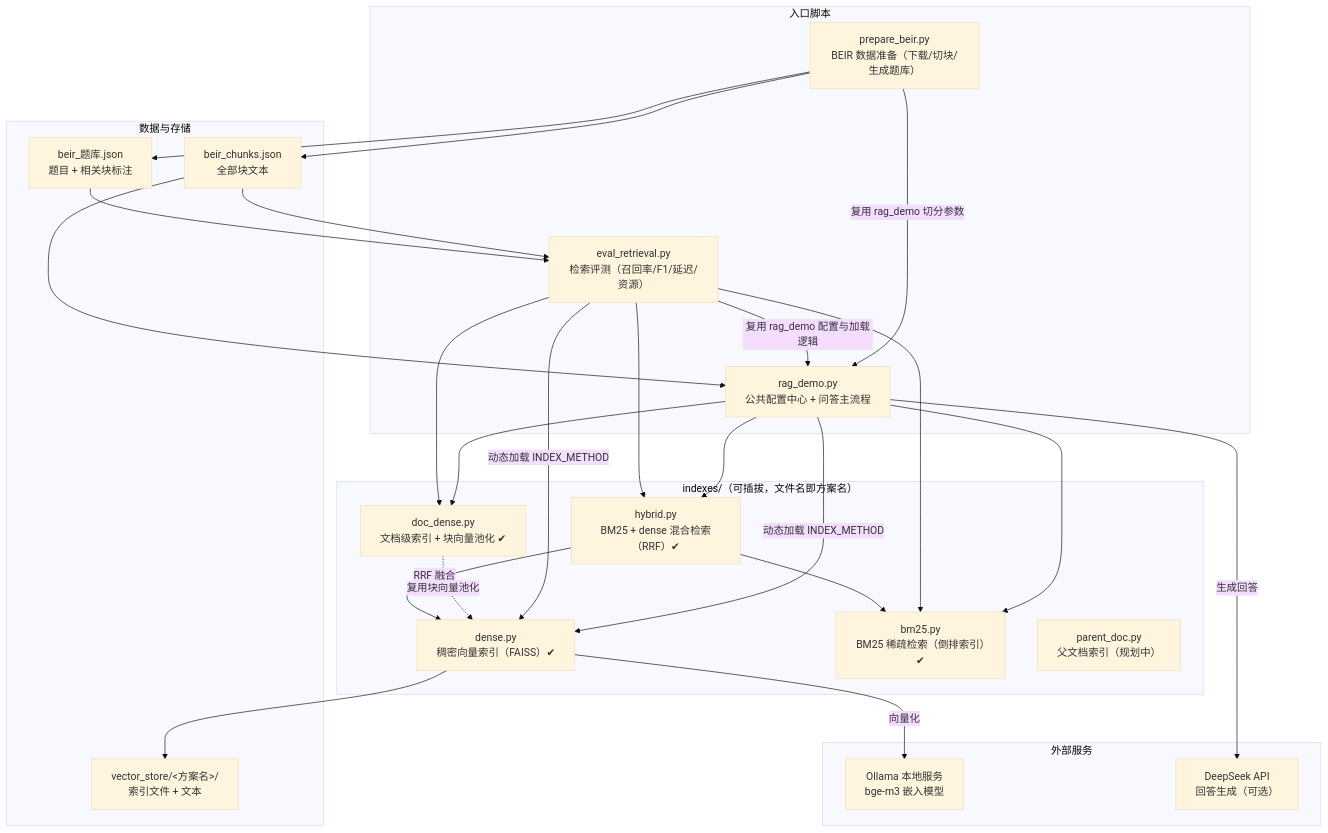
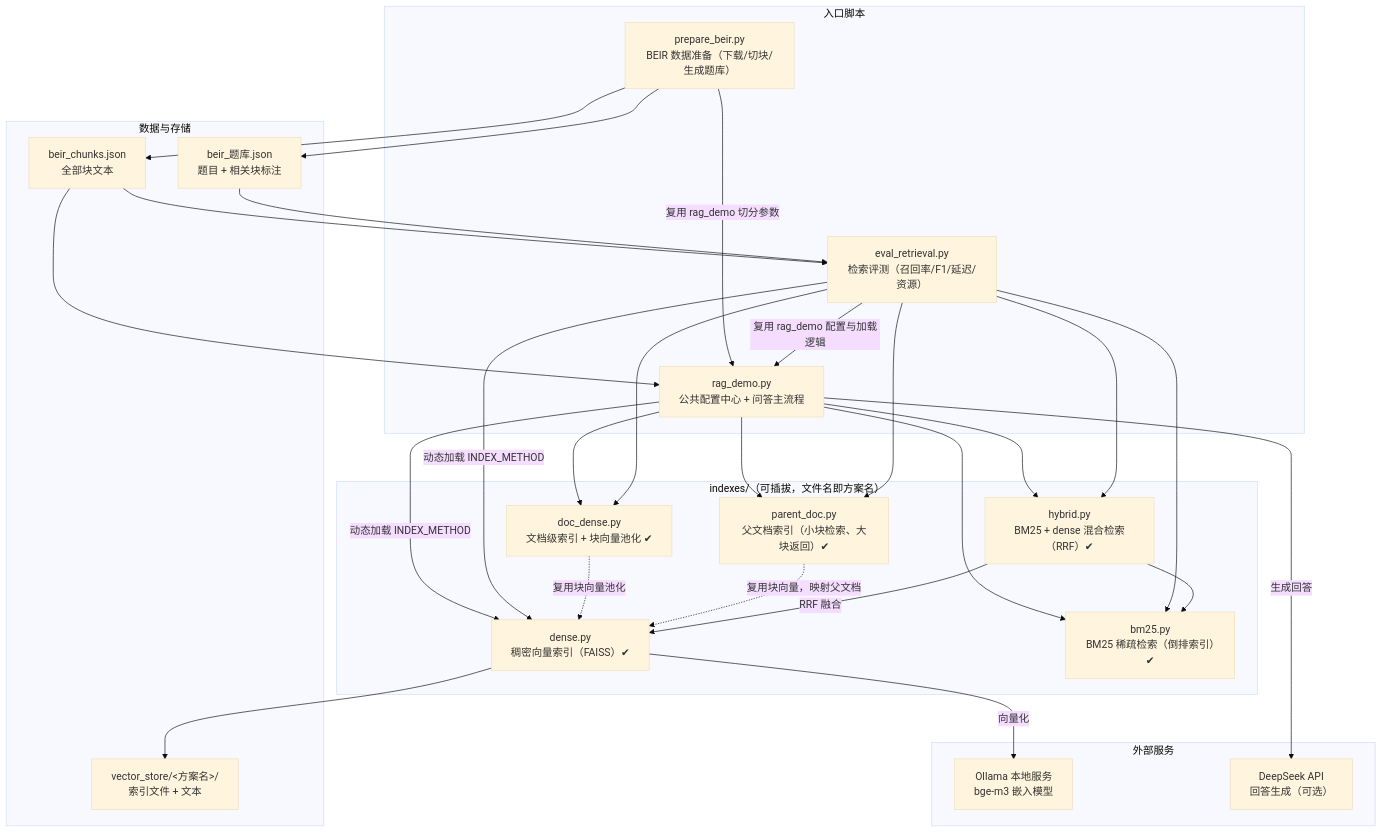
The first of 2 diagrams in README.md (energetictom4-sudo/rag-index-bench), drawn with Mermaid (base theme) before and after one commit. The commit also changed other lines of this file and 4 other files, not shown here.

````diff
--- a/README.md
+++ b/README.md
@@ -19,49 +19,52 @@
 ```mermaid
 graph TB
     subgraph 入口脚本
         RAG["rag_demo.py<br/>公共配置中心 + 问答主流程"]
         PREP["prepare_beir.py<br/>BEIR 数据准备（下载/切块/生成题库）"]
         EVAL["eval_retrieval.py<br/>检索评测（召回率/F1/延迟/资源）"]
     end
 
     subgraph 索引方案插件["indexes/（可插拔，文件名即方案名）"]
         IDX["dense.py<br/>稠密向量索引（FAISS）✔"]
         DOC["doc_dense.py<br/>文档级索引 + 块向量池化 ✔"]
         BM25["bm25.py<br/>BM25 稀疏检索（倒排索引）✔"]
         HYB["hybrid.py<br/>BM25 + dense 混合检索（RRF）✔"]
-        PAR["parent_doc.py<br/>父文档索引（规划中）"]
+        PAR["parent_doc.py<br/>父文档索引（小块检索、大块返回）✔"]
     end
 
     subgraph 外部服务
         OLLAMA["Ollama 本地服务<br/>bge-m3 嵌入模型"]
         DS["DeepSeek API<br/>回答生成（可选）"]
     end
 
     subgraph 数据与存储
         CHUNKS["beir_chunks.json<br/>全部块文本"]
         BANK["beir_题库.json<br/>题目 + 相关块标注"]
         STORE["vector_store/&lt;方案名&gt;/<br/>索引文件 + 文本"]
     end
 
     PREP -->|"复用 rag_demo 切分参数"| RAG
     PREP --> CHUNKS
     PREP --> BANK
     RAG -->|"动态加载 INDEX_METHOD"| IDX
     RAG --> DOC
     RAG --> BM25
     RAG --> HYB
+    RAG --> PAR
     EVAL -->|"复用 rag_demo 配置与加载逻辑"| RAG
     EVAL -->|"动态加载 INDEX_METHOD"| IDX
     EVAL --> DOC
     EVAL --> BM25
     EVAL --> HYB
+    EVAL --> PAR
     IDX -->|"向量化"| OLLAMA
     DOC -.->|"复用块向量池化"| IDX
+    PAR -.->|"复用块向量，映射父文档"| IDX
     HYB -->|"RRF 融合"| IDX
     HYB --> BM25
     RAG -->|"生成回答"| DS
     IDX --> STORE
     CHUNKS --> RAG
     CHUNKS --> EVAL
     BANK --> EVAL
 ```
````
